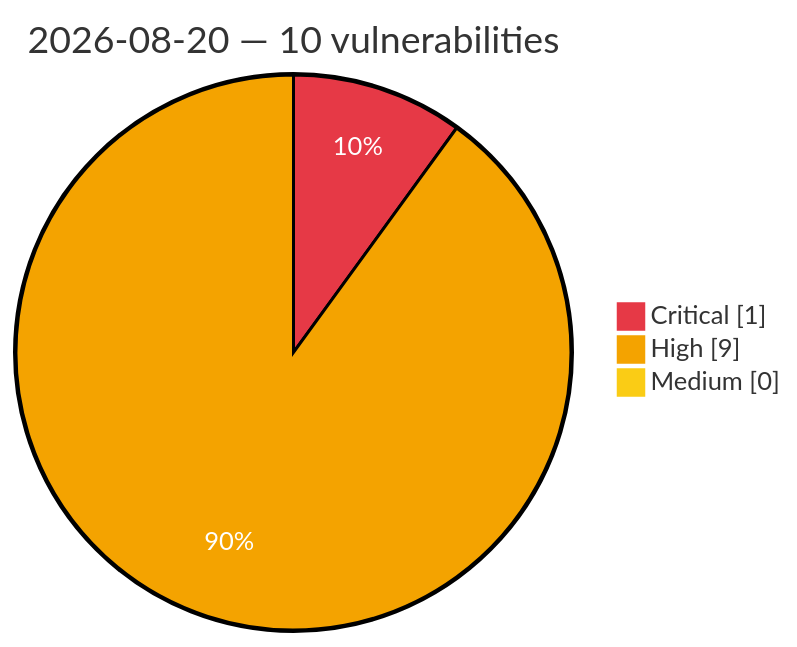
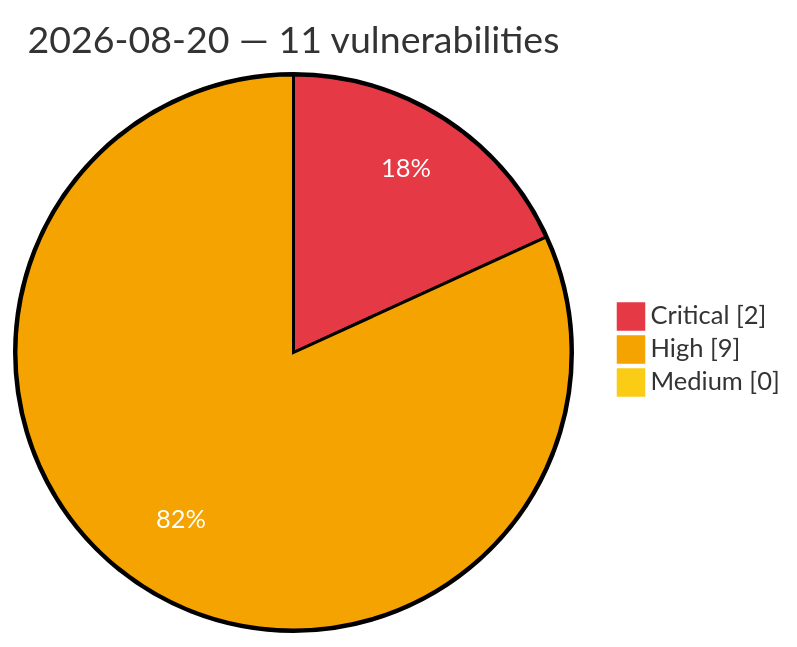
The diagram in vulnerabilities/2026/August/2026-08-20.md (GhostX0X/vuln-tracker), drawn with Mermaid before and after one commit. The commit also changed other lines of this file and 5 other files, not shown here.

````diff
--- a/vulnerabilities/2026/August/2026-08-20.md
+++ b/vulnerabilities/2026/August/2026-08-20.md
@@ -3,8 +3,8 @@
 ```mermaid
 %%{init: {'theme':'base', 'themeVariables': {'pie1':'#e63946', 'pie2':'#f4a300', 'pie3':'#facc15', 'pieOpacity':'1', 'pieOuterStrokeWidth':'2px', 'pieSectionTextColor':'#ffffff'}}}%%
 pie showData
-    title 2026-08-20 — 10 vulnerabilities
-    "Critical" : 1
+    title 2026-08-20 — 11 vulnerabilities
+    "Critical" : 2
     "High" : 9
     "Medium" : 0
 ```
````
